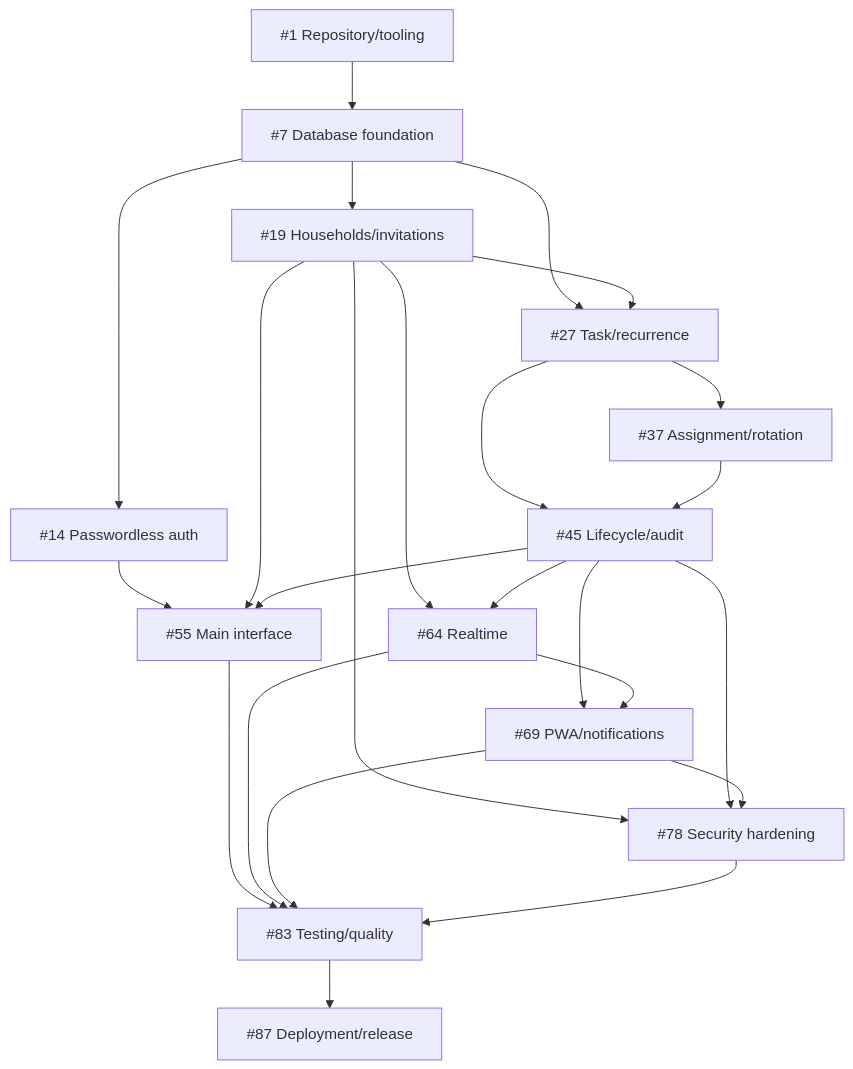
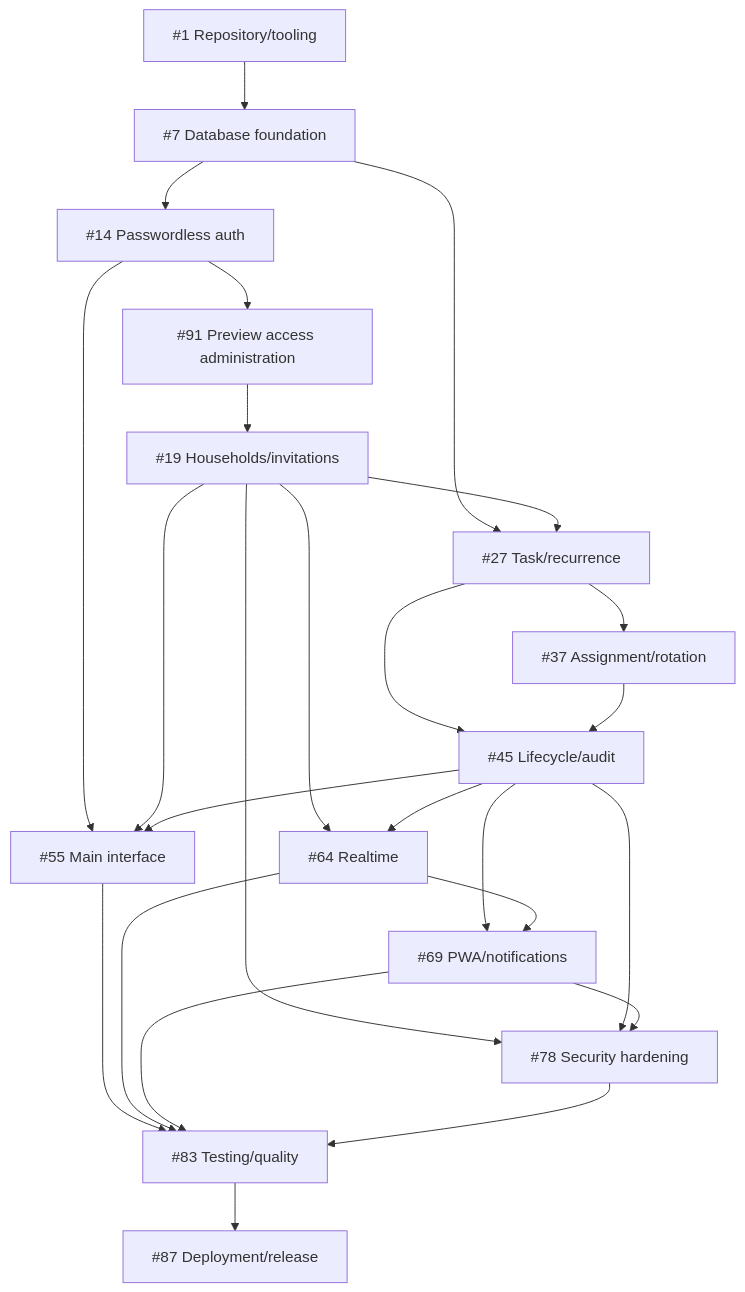
Before and after one commit to christopherrbrown3/hometeam: the diagram in DEPENDENCY_MAP.md, drawn with Mermaid. The commit also changed other lines of this file and 7 other files, not shown here.

````diff
--- a/DEPENDENCY_MAP.md
+++ b/DEPENDENCY_MAP.md
@@ -22,26 +22,27 @@
 ```mermaid
 flowchart TD
     E1["#1 Repository/tooling"] --> E7["#7 Database foundation"]
     E7 --> E14["#14 Passwordless auth"]
-    E7 --> E19["#19 Households/invitations"]
+    E14 --> E91["#91 Preview access administration"]
+    E91 --> E19["#19 Households/invitations"]
     E7 --> E27["#27 Task/recurrence"]
     E19 --> E27
     E27 --> E37["#37 Assignment/rotation"]
     E27 --> E45["#45 Lifecycle/audit"]
     E37 --> E45
     E14 --> E55["#55 Main interface"]
     E19 --> E55
     E45 --> E55
     E19 --> E64["#64 Realtime"]
     E45 --> E64
     E45 --> E69["#69 PWA/notifications"]
     E64 --> E69
     E19 --> E78["#78 Security hardening"]
     E45 --> E78
     E69 --> E78
     E55 --> E83["#83 Testing/quality"]
     E64 --> E83
     E69 --> E83
     E78 --> E83
     E83 --> E87["#87 Deployment/release"]
 ```
````
